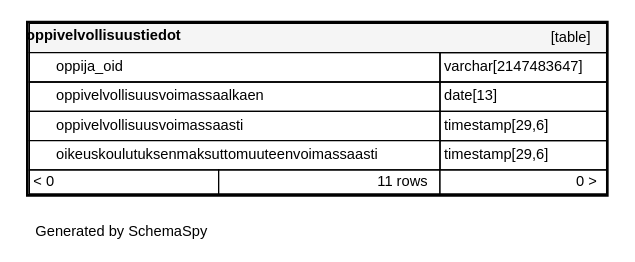
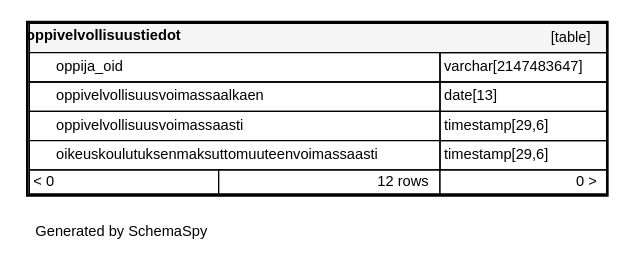
One commit to Opetushallitus/koski changed the diagram in documentation/tietokantaskeemat/koski-raportointikanta/diagrams/tables/oppivelvollisuustiedot.1degree.dot. Above: the diagram before and after it, drawn with Graphviz. The commit also changed 93 other files, not shown here.

```diff
--- a/documentation/tietokantaskeemat/koski-raportointikanta/diagrams/tables/oppivelvollisuustiedot.1degree.dot
+++ b/documentation/tietokantaskeemat/koski-raportointikanta/diagrams/tables/oppivelvollisuustiedot.1degree.dot
@@ -1,17 +1,17 @@
 digraph "oneDegreeRelationshipsDiagram" {
   graph [    rankdir="RL"    bgcolor="#ffffff"    label="\nGenerated by SchemaSpy"    labeljust="l"    nodesep="0.18"    ranksep="0.46"    fontname="Helvetica"    fontsize="11"    ration="compress"  ];  node [    fontname="Helvetica"    fontsize="11"    shape="plaintext"  ];  edge [    arrowsize="0.8"  ];
   "oppivelvollisuustiedot" [
    label=<
     <TABLE BORDER="2" CELLBORDER="1" CELLSPACING="0" BGCOLOR="#ffffff">
       <TR><TD COLSPAN="4"  BGCOLOR="#f5f5f5"><TABLE BORDER="0" CELLSPACING="0"><TR><TD ALIGN="LEFT" FIXEDSIZE="TRUE" WIDTH="126" HEIGHT="16"><B>oppivelvollisuustiedot</B></TD><TD ALIGN="RIGHT">[table]</TD></TR></TABLE></TD></TR>
       <TR><TD PORT="oppija_oid" COLSPAN="2" BGCOLOR="#ffffff" ALIGN="LEFT"><TABLE BORDER="0" CELLSPACING="0" ALIGN="LEFT"><TR ALIGN="LEFT"><TD ALIGN="LEFT" FIXEDSIZE="TRUE" WIDTH="15" HEIGHT="16"></TD><TD ALIGN="LEFT" FIXEDSIZE="TRUE" WIDTH="287" HEIGHT="16">oppija_oid</TD></TR></TABLE></TD><TD PORT="oppija_oid.type" ALIGN="LEFT">varchar[2147483647]</TD></TR>
       <TR><TD PORT="oppivelvollisuusvoimassaalkaen" COLSPAN="2" ALIGN="LEFT"><TABLE BORDER="0" CELLSPACING="0" ALIGN="LEFT"><TR ALIGN="LEFT"><TD ALIGN="LEFT" FIXEDSIZE="TRUE" WIDTH="15" HEIGHT="16"></TD><TD ALIGN="LEFT" FIXEDSIZE="TRUE" WIDTH="287" HEIGHT="16">oppivelvollisuusvoimassaalkaen</TD></TR></TABLE></TD><TD PORT="oppivelvollisuusvoimassaalkaen.type" ALIGN="LEFT">date[13]</TD></TR>
       <TR><TD PORT="oppivelvollisuusvoimassaasti" COLSPAN="2" BGCOLOR="#ffffff" ALIGN="LEFT"><TABLE BORDER="0" CELLSPACING="0" ALIGN="LEFT"><TR ALIGN="LEFT"><TD ALIGN="LEFT" FIXEDSIZE="TRUE" WIDTH="15" HEIGHT="16"></TD><TD ALIGN="LEFT" FIXEDSIZE="TRUE" WIDTH="287" HEIGHT="16">oppivelvollisuusvoimassaasti</TD></TR></TABLE></TD><TD PORT="oppivelvollisuusvoimassaasti.type" ALIGN="LEFT">timestamp[29,6]</TD></TR>
       <TR><TD PORT="oikeuskoulutuksenmaksuttomuuteenvoimassaasti" COLSPAN="2" BGCOLOR="#ffffff" ALIGN="LEFT"><TABLE BORDER="0" CELLSPACING="0" ALIGN="LEFT"><TR ALIGN="LEFT"><TD ALIGN="LEFT" FIXEDSIZE="TRUE" WIDTH="15" HEIGHT="16"></TD><TD ALIGN="LEFT" FIXEDSIZE="TRUE" WIDTH="287" HEIGHT="16">oikeuskoulutuksenmaksuttomuuteenvoimassaasti</TD></TR></TABLE></TD><TD PORT="oikeuskoulutuksenmaksuttomuuteenvoimassaasti.type" ALIGN="LEFT">timestamp[29,6]</TD></TR>
-      <TR><TD ALIGN="LEFT" BGCOLOR="#ffffff">&lt; 0</TD><TD ALIGN="RIGHT" BGCOLOR="#ffffff">11 rows</TD><TD ALIGN="RIGHT" BGCOLOR="#ffffff">0 &gt;</TD></TR>
+      <TR><TD ALIGN="LEFT" BGCOLOR="#ffffff">&lt; 0</TD><TD ALIGN="RIGHT" BGCOLOR="#ffffff">12 rows</TD><TD ALIGN="RIGHT" BGCOLOR="#ffffff">0 &gt;</TD></TR>
     </TABLE>>
     URL="../../tables/oppivelvollisuustiedot.html"
     target="_top"
     tooltip="oppivelvollisuustiedot"
   ];
 }
```
